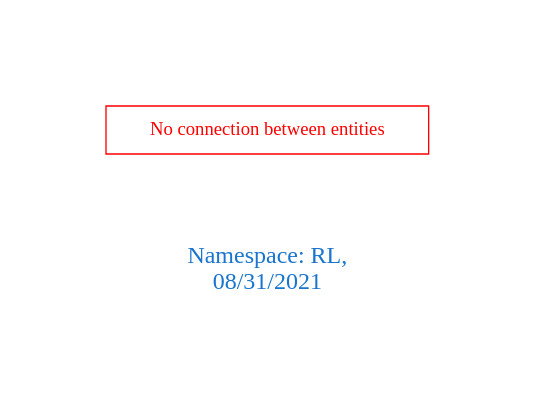
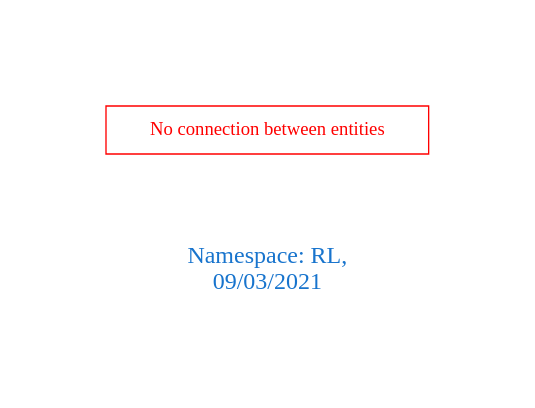
Before and after one commit to arago/OGIT: the diagram in downloads/RL.dot, drawn with Graphviz. The commit also changed 1894 other files, not shown here.

```diff
--- a/downloads/RL.dot
+++ b/downloads/RL.dot
@@ -1,9 +1,9 @@
 digraph OGIT_ontology {
  graph [ rankdir= LR,pad=1 
 fontsize = 18,
-fontcolor= dodgerblue3,label = "\n\n\nNamespace: RL, \n 08/31/2021"];
+fontcolor= dodgerblue3,label = "\n\n\nNamespace: RL, \n 09/03/2021"];
 node[shape=polygon];
 edge [  color="gray81"];
 
 "No connection between entities" [fontcolor = "red",color="red", shape="polygon"]
 }
```
